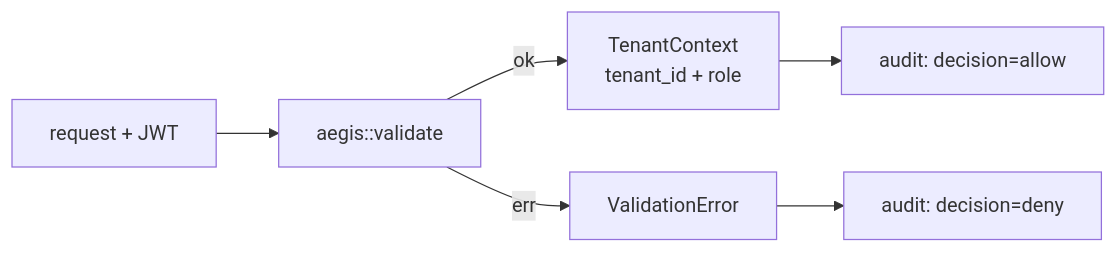
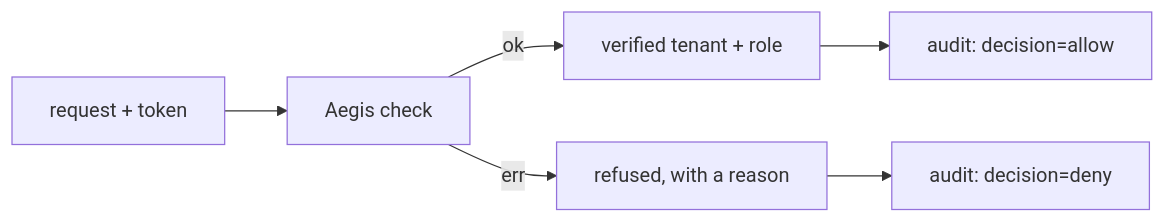
Before and after one commit to andrealaforgia/kaleidoscope-site: the diagram in src/content/docs/concepts/tenancy.md, drawn with Mermaid. The commit also changed other lines of this file and 23 other files, not shown here.

````diff
--- a/src/content/docs/concepts/tenancy.md
+++ b/src/content/docs/concepts/tenancy.md
@@ -28,8 +27,8 @@
 ```mermaid
 flowchart LR
-    R[request + JWT] --> V[aegis::validate]
-    V -- ok --> C[TenantContext<br/>tenant_id + role]
-    V -- err --> E[ValidationError]
+    R[request + token] --> V[Aegis check]
+    V -- ok --> C[verified tenant + role]
+    V -- err --> E[refused, with a reason]
     C --> A1[audit: decision=allow]
     E --> A2[audit: decision=deny]
 ```
````
